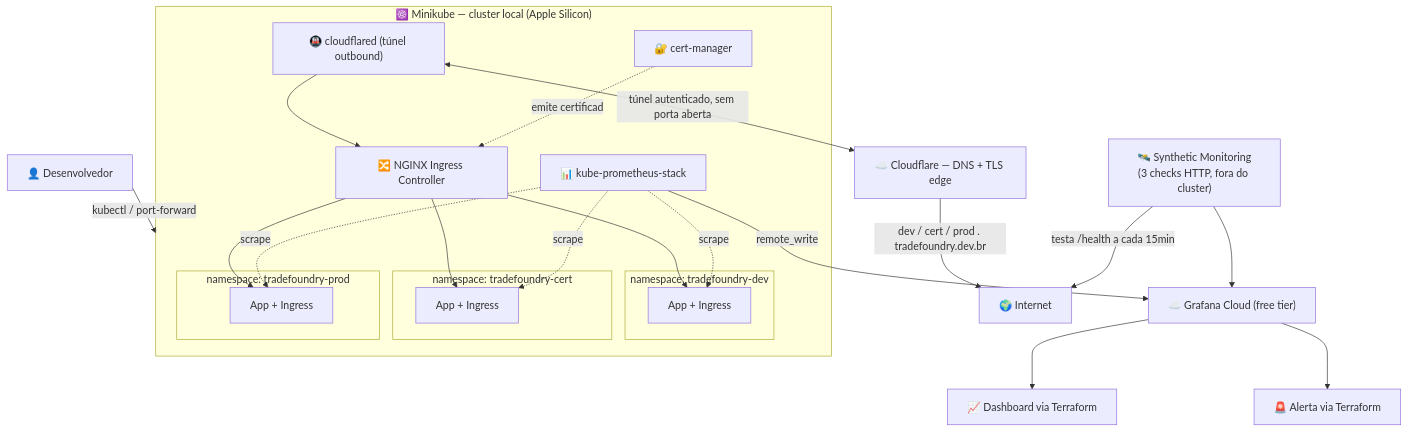
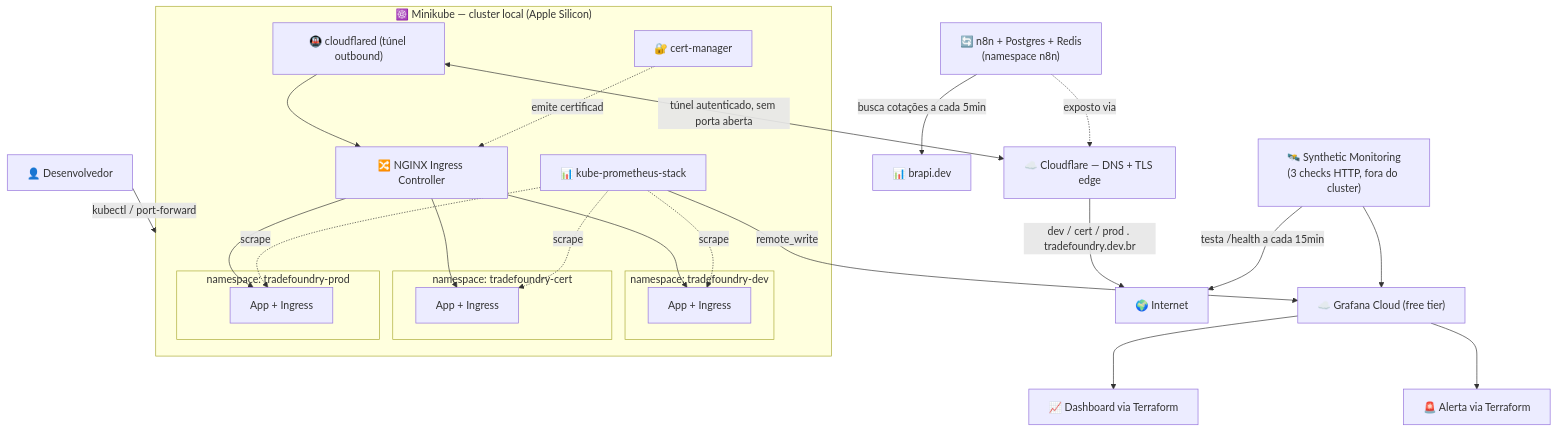
The second of 3 diagrams in README.md (iamtexwiller/TradeFoundry), drawn with Mermaid before and after one commit. The commit also changed other lines of this file, not shown here.

Commit message:
Documenta arquitetura de cotações reais via n8n; atualiza diagrama principal

````diff
--- a/README.md
+++ b/README.md
@@ -81,40 +81,44 @@
 ```mermaid
 flowchart TD
     subgraph MK["☸️ Minikube — cluster local (Apple Silicon)"]
         subgraph NS1["namespace: tradefoundry-dev"]
             APP1["App + Ingress"]
         end
         subgraph NS2["namespace: tradefoundry-cert"]
             APP2["App + Ingress"]
         end
         subgraph NS3["namespace: tradefoundry-prod"]
             APP3["App + Ingress"]
         end
         ING["🔀 NGINX Ingress Controller"]
         CFD["🚇 cloudflared (túnel outbound)"]
         CM["🔐 cert-manager"]
         PROM["📊 kube-prometheus-stack"]
         ING --> APP1
         ING --> APP2
         ING --> APP3
         CFD --> ING
         CM -.emite certificado.-> ING
         PROM -.scrape.-> APP1
         PROM -.scrape.-> APP2
         PROM -.scrape.-> APP3
     end
 
     CF["☁️ Cloudflare — DNS + TLS edge"]
     CFD <-->|túnel autenticado, sem porta aberta| CF
     CF -->|dev / cert / prod . tradefoundry.dev.br| INT["🌍 Internet"]
 
     PROM -->|remote_write| GC["☁️ Grafana Cloud (free tier)"]
     GC --> DASH["📈 Dashboard via Terraform"]
     GC --> ALERT["🚨 Alerta via Terraform"]
 
     SM["🛰️ Synthetic Monitoring<br/>(3 checks HTTP, fora do cluster)"]
     SM -->|testa /health a cada 15min| INT
     SM --> GC
 
+    N8N["🔄 n8n + Postgres + Redis<br/>(namespace n8n)"]
+    N8N -->|busca cotações a cada 5min| BRAPI["📊 brapi.dev"]
+    N8N -.->|exposto via| CF
+
     DEV["👤 Desenvolvedor"] -->|kubectl / port-forward| MK
 ```
````
